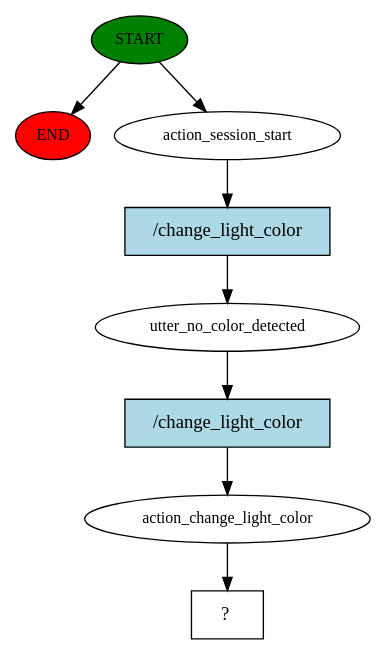
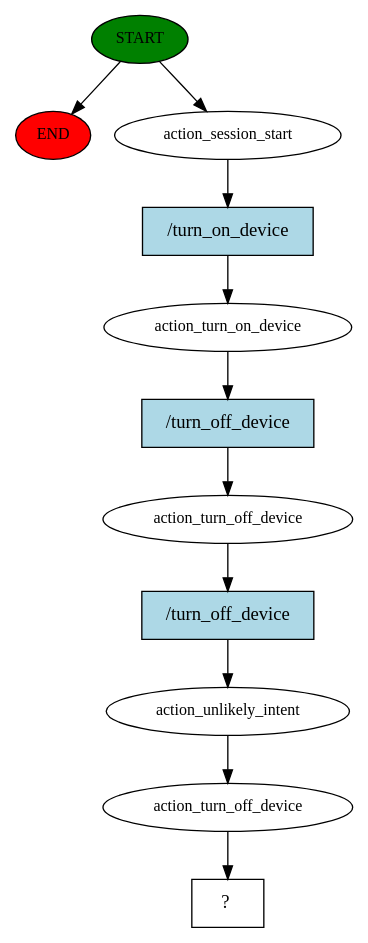
One commit to hossamhasanin/MrMoonSmartHome changed the diagram in story_graph.dot. Above: the diagram before and after it, drawn with Graphviz. The commit also changed 18 other files, not shown here.

```diff
--- a/story_graph.dot
+++ b/story_graph.dot
@@ -1,17 +1,23 @@
 digraph  {
 0 [class="start active", fillcolor=green, fontsize=12, label=START, style=filled];
 "-1" [class=end, fillcolor=red, fontsize=12, label=END, style=filled];
 1 [class=active, fontsize=12, label=action_session_start];
-2 [class=active, fontsize=12, label=utter_no_color_detected];
-3 [class=active, fontsize=12, label=action_change_light_color];
-4 [class="intent dashed active", label="  ?  ", shape=rect];
-5 [class="intent active", fillcolor=lightblue, label="/change_light_color", shape=rect, style=filled];
-6 [class="intent active", fillcolor=lightblue, label="/change_light_color", shape=rect, style=filled];
+2 [class=active, fontsize=12, label=action_turn_on_device];
+3 [class=active, fontsize=12, label=action_turn_off_device];
+4 [class=active, fontsize=12, label=action_unlikely_intent];
+5 [class=active, fontsize=12, label=action_turn_off_device];
+6 [class="intent dashed active", label="  ?  ", shape=rect];
+7 [class="intent active", fillcolor=lightblue, label="/turn_on_device", shape=rect, style=filled];
+8 [class="intent active", fillcolor=lightblue, label="/turn_off_device", shape=rect, style=filled];
+9 [class="intent active", fillcolor=lightblue, label="/turn_off_device", shape=rect, style=filled];
 0 -> "-1"  [class="", key=NONE, label=""];
 0 -> 1  [class=active, key=NONE, label=""];
-1 -> 5  [class=active, key=0];
-2 -> 6  [class=active, key=0];
-3 -> 4  [class=active, key=NONE, label=""];
-5 -> 2  [class=active, key=0];
-6 -> 3  [class=active, key=0];
+1 -> 7  [class=active, key=0];
+2 -> 8  [class=active, key=0];
+3 -> 9  [class=active, key=0];
+4 -> 5  [class=active, key=NONE, label=""];
+5 -> 6  [class=active, key=NONE, label=""];
+7 -> 2  [class=active, key=0];
+8 -> 3  [class=active, key=0];
+9 -> 4  [class=active, key=0];
 }
```
